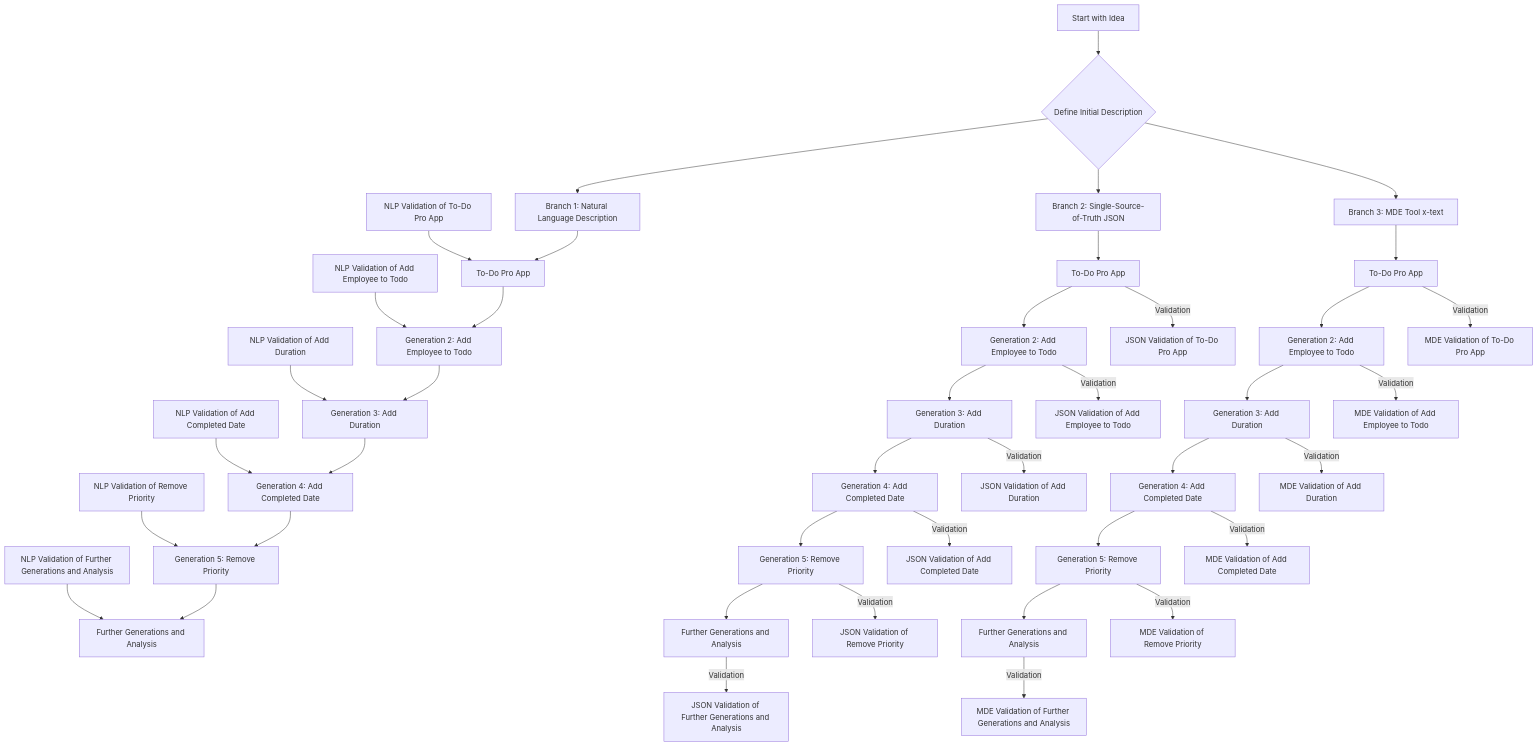
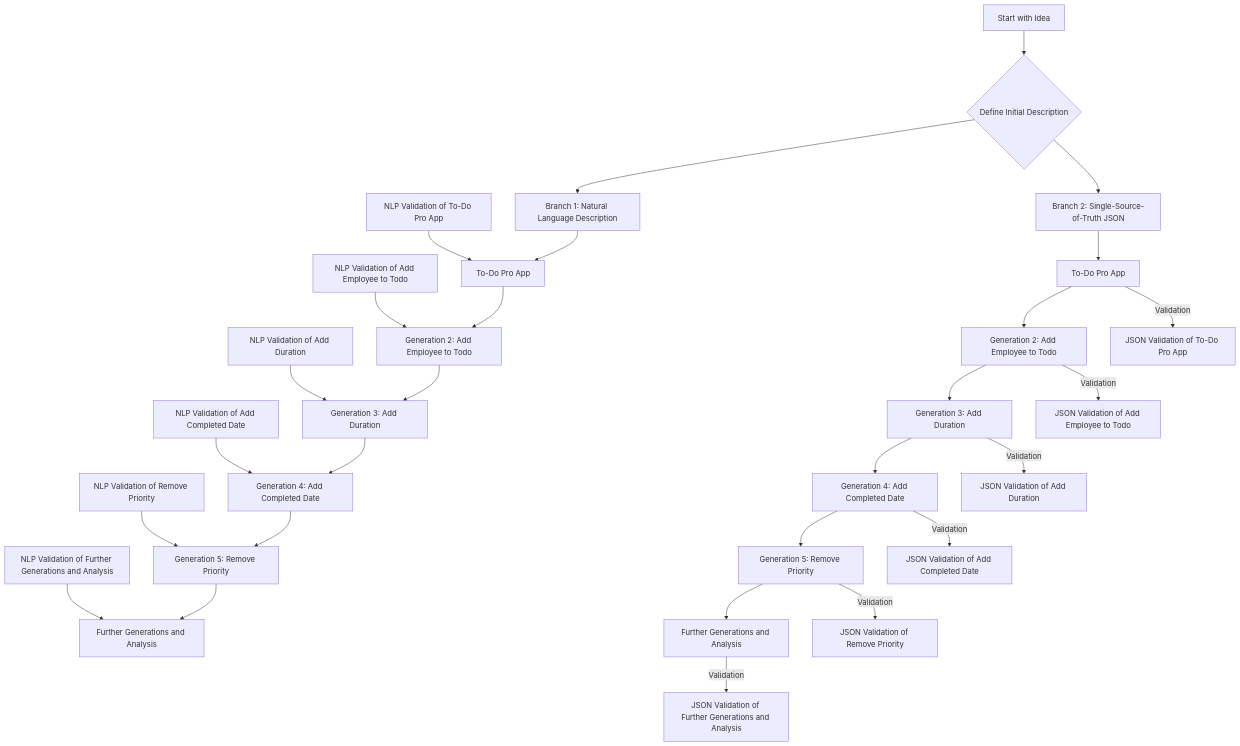
Before and after one commit to eejai42/syntax-free-vs-locked: the first of 3 diagrams in gpt-cli/README.md, drawn with Mermaid. The commit also changed other lines of this file and 55 other files, not shown here.

````diff
--- a/gpt-cli/README.md
+++ b/gpt-cli/README.md
@@ -62,56 +60,39 @@
 ```mermaid
 graph TD
   %% Syntax-Locked Branch
   A[Start with Idea] --> B{Define Initial Description}
   B --> C1[Branch 1: Natural Language Description]
 
   %% Pre-positioned Validation Nodes for Syntax-Locked Branch
   E1[NLP Validation of To-Do Pro App] --> D1[To-Do Pro App]
   G1[NLP Validation of Add Employee to Todo] --> F1[Generation 2: Add Employee to Todo]
   I1[NLP Validation of Add Duration] --> H1[Generation 3: Add Duration]
   K1[NLP Validation of Add Completed Date] --> J1[Generation 4: Add Completed Date]
   M1[NLP Validation of Remove Priority] --> L1[Generation 5: Remove Priority]
   O1[NLP Validation of Further Generations and Analysis] --> N1[Further Generations and Analysis]
 
   %% Connecting Syntax-Locked Branch Nodes Sequentially
   C1 --> D1
   D1 --> F1
   F1 --> H1
   H1 --> J1
   J1 --> L1
   L1 --> N1
 
   %% Syntax-Free Branch
   B --> C2[Branch 2: Single-Source-of-Truth JSON]
   C2 --> D2[To-Do Pro App]
   D2 --> F2[Generation 2: Add Employee to Todo]
   F2 --> H2[Generation 3: Add Duration]
   H2 --> J2[Generation 4: Add Completed Date]
   J2 --> L2[Generation 5: Remove Priority]
   L2 --> N2[Further Generations and Analysis]
 
   %% Validation Nodes for Syntax-Free Branch
   D2 --> |Validation| E2[JSON Validation of To-Do Pro App]
   F2 --> |Validation| G2[JSON Validation of Add Employee to Todo]
   H2 --> |Validation| I2[JSON Validation of Add Duration]
   J2 --> |Validation| K2[JSON Validation of Add Completed Date]
   L2 --> |Validation| M2[JSON Validation of Remove Priority]
   N2 --> |Validation| O2[JSON Validation of Further Generations and Analysis]
-
-  %% MDE Tool Branch
-  B --> C3[Branch 3: MDE Tool x-text]
-  C3 --> D3[To-Do Pro App]
-  D3 --> F3[Generation 2: Add Employee to Todo]
-  F3 --> H3[Generation 3: Add Duration]
-  H3 --> J3[Generation 4: Add Completed Date]
-  J3 --> L3[Generation 5: Remove Priority]
-  L3 --> N3[Further Generations and Analysis]
-
-  %% Validation Nodes for MDE Tool Branch
-  D3 --> |Validation| E3[MDE Validation of To-Do Pro App]
-  F3 --> |Validation| G3[MDE Validation of Add Employee to Todo]
-  H3 --> |Validation| I3[MDE Validation of Add Duration]
-  J3 --> |Validation| K3[MDE Validation of Add Completed Date]
-  L3 --> |Validation| M3[MDE Validation of Remove Priority]
-  N3 --> |Validation| O3[MDE Validation of Further Generations and Analysis]
 ```
````
